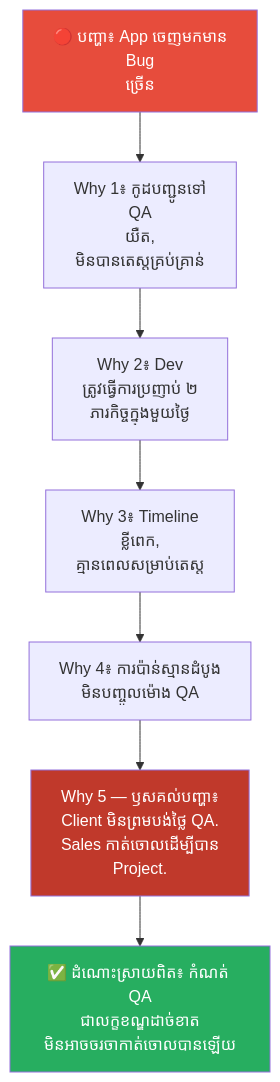
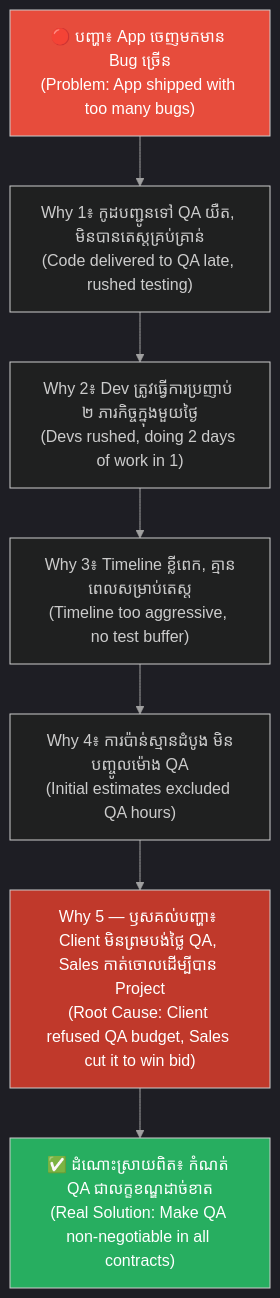
One commit to GuideStack/iblogger-feeds changed the third of 8 diagrams in feeds/concepts/articles/02-five-whys-technique.md. Above: the diagram before and after it, drawn with Mermaid. The commit also changed other lines of this file, not shown here.

````diff
--- a/feeds/concepts/articles/02-five-whys-technique.md
+++ b/feeds/concepts/articles/02-five-whys-technique.md
@@ -156,13 +217,22 @@
 ```mermaid
+%%{init: {
+  'theme': 'dark',
+  'themeVariables': {
+    'background': '#1e1e1e',
+    'primaryTextColor': '#ffffff',
+    'lineColor': '#a0a0a0'
+  },
+  'themeCSS': 'svg { background-color: #1e1e1e !important; padding: 1rem !important; border-radius: 8px !important; } .edgeLabel rect { fill: #1e1e1e !important; } text, tspan { fill: #ffffff !important; }'
+}}%%
 graph TD
-    A["🔴 បញ្ហា៖ App ចេញមកមាន<br/>Bug<br/>ច្រើន"] --> B["Why 1៖ កូដបញ្ជូនទៅ<br/>QA<br/>យឺត,<br/>មិនបានតេស្តគ្រប់គ្រាន់"]
-    B --> C["Why 2៖ Dev<br/>ត្រូវធ្វើការប្រញាប់ ២<br/>ភារកិច្ចក្នុងមួយថ្ងៃ"]
-    C --> D["Why 3៖ Timeline<br/>ខ្លីពេក,<br/>គ្មានពេលសម្រាប់តេស្ត"]
-    D --> E["Why 4៖ ការប៉ាន់ស្មានដំបូង<br/>មិនបញ្ចូលម៉ោង QA"]
-    E --> F["Why 5 — ឫសគល់បញ្ហា៖<br/>Client មិនព្រមបង់ថ្លៃ QA.<br/>Sales កាត់ចោលដើម្បីបាន<br/>Project."]
-    F --> G["✅ ដំណោះស្រាយពិត៖ កំណត់ QA<br/>ជាលក្ខខណ្ឌដាច់ខាត<br/>មិនអាចចរចាកាត់ចោលបានឡើយ"]
+    A["🔴 បញ្ហា៖ App ចេញមកមាន Bug ច្រើន<br/>(Problem: App shipped with too many bugs)"] --> B["Why 1៖ កូដបញ្ជូនទៅ QA យឺត, មិនបានតេស្តគ្រប់គ្រាន់<br/>(Code delivered to QA late, rushed testing)"]
+    B --> C["Why 2៖ Dev ត្រូវធ្វើការប្រញាប់ ២ ភារកិច្ចក្នុងមួយថ្ងៃ<br/>(Devs rushed, doing 2 days of work in 1)"]
+    C --> D["Why 3៖ Timeline ខ្លីពេក, គ្មានពេលសម្រាប់តេស្ត<br/>(Timeline too aggressive, no test buffer)"]
+    D --> E["Why 4៖ ការប៉ាន់ស្មានដំបូង មិនបញ្ចូលម៉ោង QA<br/>(Initial estimates excluded QA hours)"]
+    E --> F["Why 5 — ឫសគល់បញ្ហា៖ Client មិនព្រមបង់ថ្លៃ QA, Sales កាត់ចោលដើម្បីបាន Project<br/>(Root Cause: Client refused QA budget, Sales cut it to win bid)"]
+    F --> G["✅ ដំណោះស្រាយពិត៖ កំណត់ QA ជាលក្ខខណ្ឌដាច់ខាត<br/>(Real Solution: Make QA non-negotiable in all contracts)"]
 
     style A fill:#e74c3c,color:#fff
     style F fill:#c0392b,color:#fff
     style G fill:#27ae60,color:#fff
 ```
````
